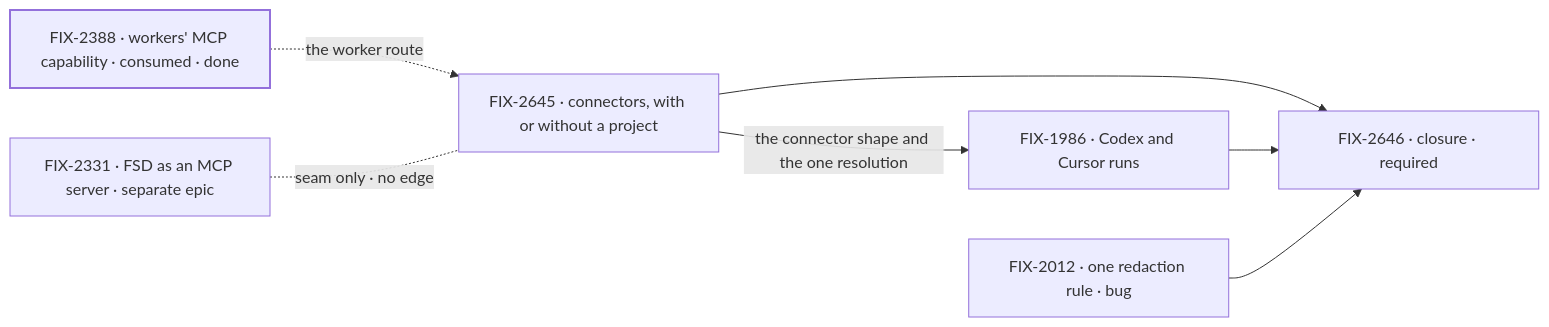
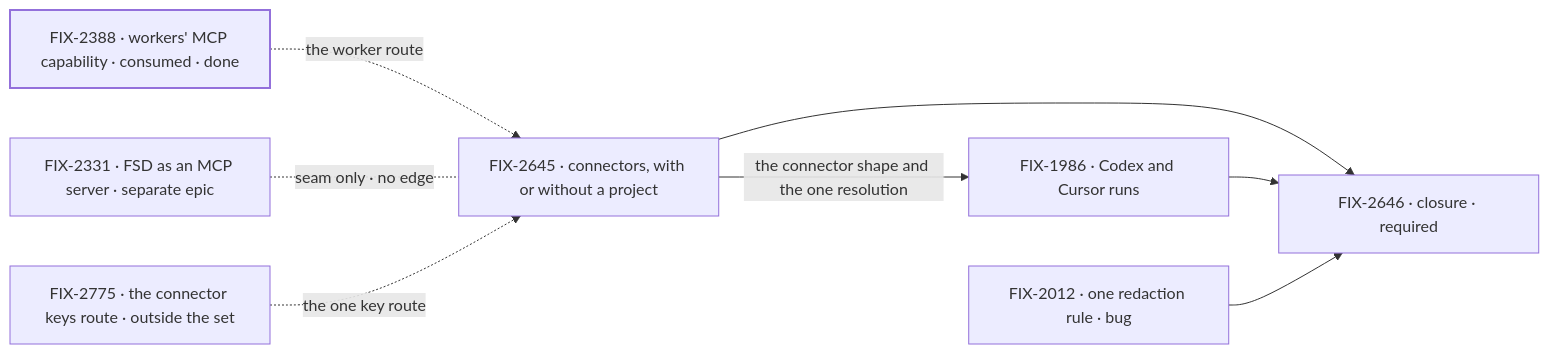
One commit to fixpoint-labs/flow-state-dev changed the second of 2 diagrams in specs/epics/FIX-2615/SPEC.md. Above: the diagram before and after it, drawn with Mermaid. The commit also changed other lines of this file and 1 other file, not shown here.

First line of the commit message:
spec(FIX-2615): one connector keys route, owned by FIX-2775 D3

````diff
--- a/specs/epics/FIX-2615/SPEC.md
+++ b/specs/epics/FIX-2615/SPEC.md
@@ -93,11 +94,12 @@
 ```mermaid
 flowchart LR
   R["FIX-2388 · workers' MCP capability · consumed · done"] -.->|"the worker route"| A
   A["FIX-2645 · connectors, with or without a project"] -->|"the connector shape and the one resolution"| B["FIX-1986 · Codex and Cursor runs"]
   A --> Z["FIX-2646 · closure · required"]
   B --> Z
   K["FIX-2012 · one redaction rule · bug"] --> Z
   N["FIX-2331 · FSD as an MCP server · separate epic"] -.-|"seam only · no edge"| A
+  W["FIX-2775 · the connector keys route · outside the set"] -.->|"the one key route"| A
   classDef done stroke-width:2px
   class R done
 ```
````
